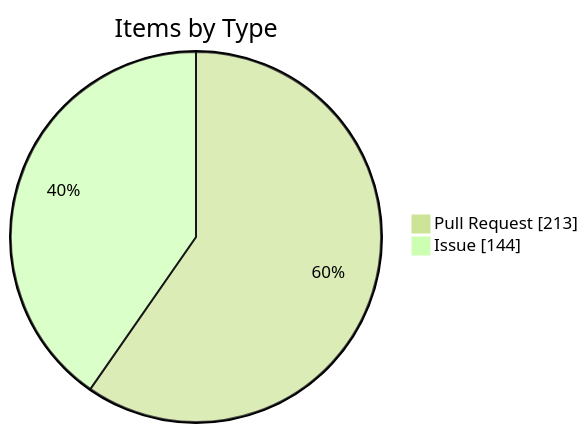
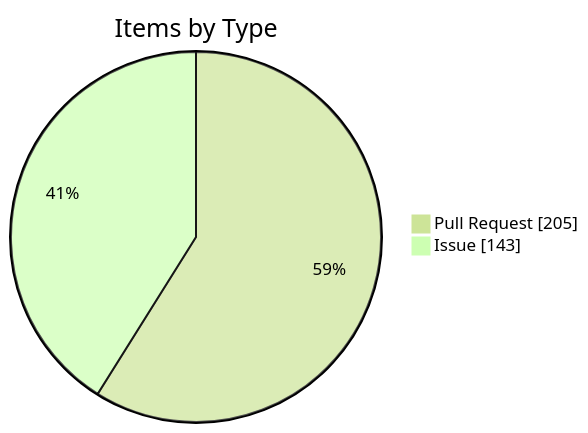
Before and after one commit to KBVE/kbve: the fourth of 4 diagrams in apps/kbve/astro-kbve/src/content/docs/dashboard/kanban-data.mdx, drawn with Mermaid (forest theme). The commit also changed other lines of this file and 8 other files, not shown here.

````diff
--- a/apps/kbve/astro-kbve/src/content/docs/dashboard/kanban-data.mdx
+++ b/apps/kbve/astro-kbve/src/content/docs/dashboard/kanban-data.mdx
@@ -116,6 +116,6 @@
 ```mermaid
 pie showData
     title Items by Type
-    "Pull Request" : 213
-    "Issue" : 144
+    "Pull Request" : 205
+    "Issue" : 143
 ```
````
